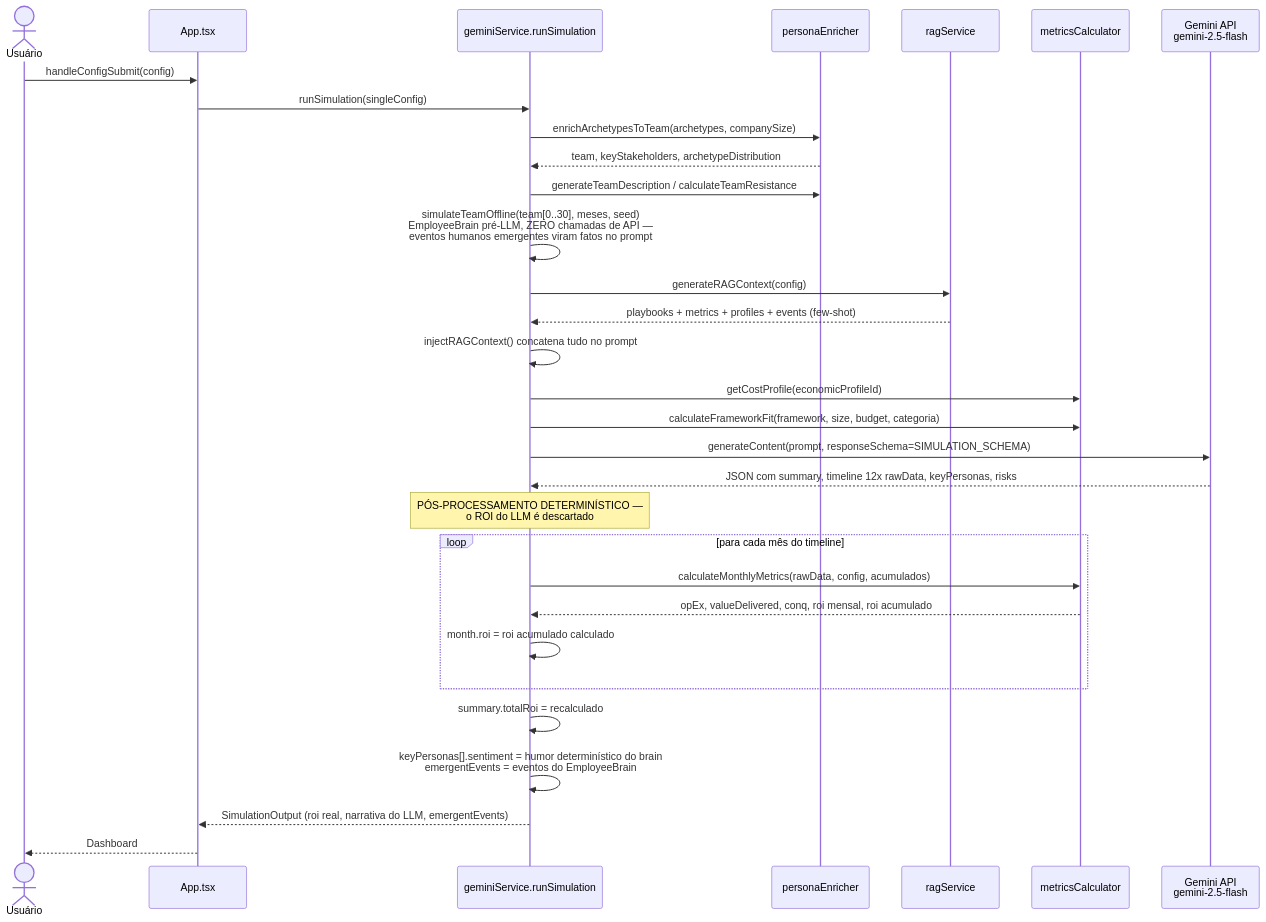
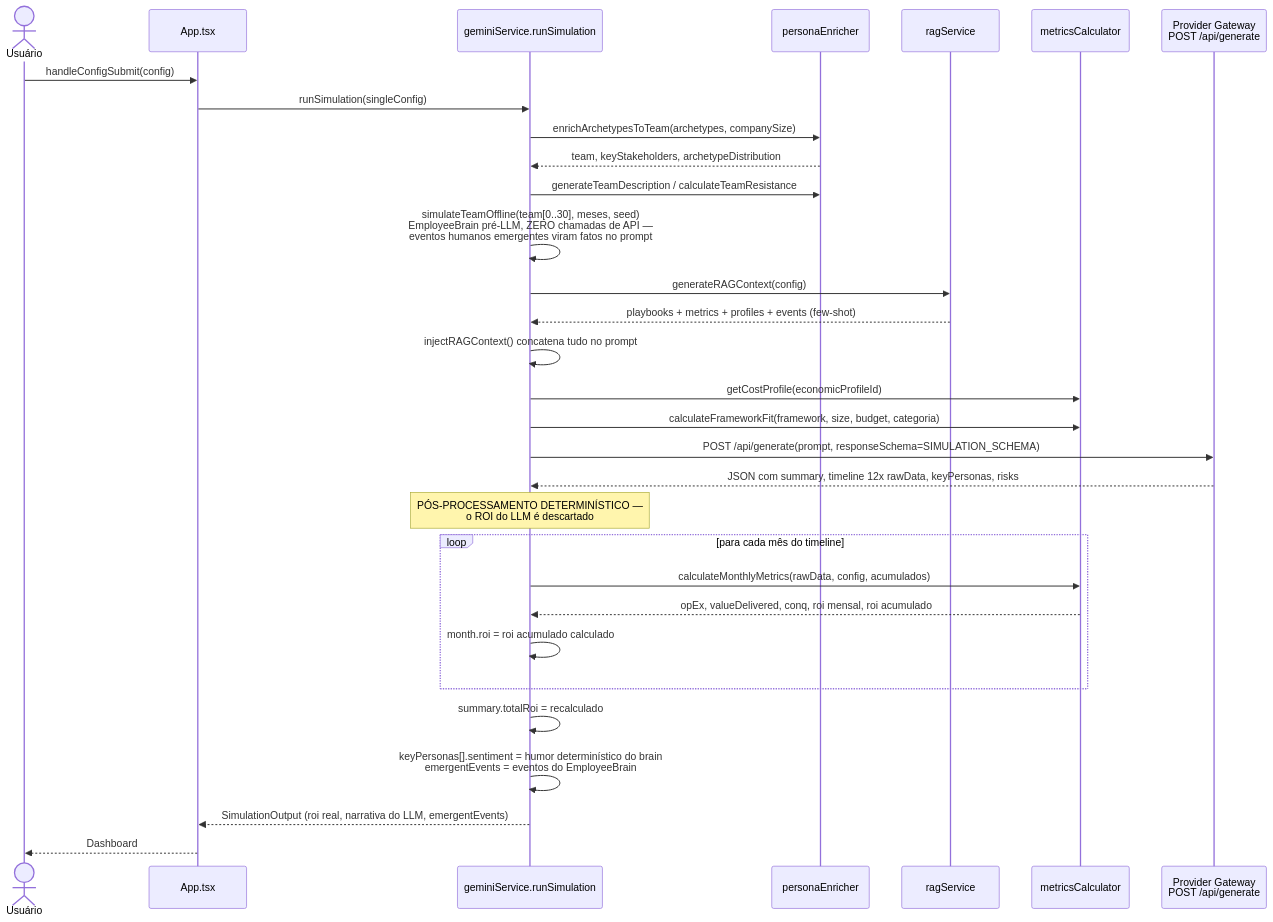
One commit to andrecodexvictor/Frame-sim changed the third of 10 diagrams in DIAGRAMAS.md. Above: the diagram before and after it, drawn with Mermaid. The commit also changed other lines of this file and 71 other files, not shown here.

````diff
--- a/DIAGRAMAS.md
+++ b/DIAGRAMAS.md
@@ -164,42 +165,42 @@
 ```mermaid
 sequenceDiagram
     actor Usuário
     participant App as App.tsx
     participant Gemini as geminiService.runSimulation
     participant Enricher as personaEnricher
     participant RAG as ragService
     participant Metrics as metricsCalculator
-    participant API as Gemini API<br/>gemini-2.5-flash
+    participant API as Provider Gateway<br/>POST /api/generate
 
     Usuário->>App: handleConfigSubmit(config)
     App->>Gemini: runSimulation(singleConfig)
 
     Gemini->>Enricher: enrichArchetypesToTeam(archetypes, companySize)
     Enricher-->>Gemini: team, keyStakeholders, archetypeDistribution
     Gemini->>Enricher: generateTeamDescription / calculateTeamResistance
 
     Gemini->>Gemini: simulateTeamOffline(team[0..30], meses, seed)<br/>EmployeeBrain pré-LLM, ZERO chamadas de API —<br/>eventos humanos emergentes viram fatos no prompt
 
     Gemini->>RAG: generateRAGContext(config)
     RAG-->>Gemini: playbooks + metrics + profiles + events (few-shot)
     Gemini->>Gemini: injectRAGContext() concatena tudo no prompt
 
     Gemini->>Metrics: getCostProfile(economicProfileId)
     Gemini->>Metrics: calculateFrameworkFit(framework, size, budget, categoria)
 
-    Gemini->>API: generateContent(prompt, responseSchema=SIMULATION_SCHEMA)
+    Gemini->>API: POST /api/generate(prompt, responseSchema=SIMULATION_SCHEMA)
     API-->>Gemini: JSON com summary, timeline 12x rawData, keyPersonas, risks
 
     Note over Gemini: PÓS-PROCESSAMENTO DETERMINÍSTICO —<br/>o ROI do LLM é descartado
 
     loop para cada mês do timeline
         Gemini->>Metrics: calculateMonthlyMetrics(rawData, config, acumulados)
         Metrics-->>Gemini: opEx, valueDelivered, conq, roi mensal, roi acumulado
         Gemini->>Gemini: month.roi = roi acumulado calculado
     end
 
     Gemini->>Gemini: summary.totalRoi = recalculado
     Gemini->>Gemini: keyPersonas[].sentiment = humor determinístico do brain<br/>emergentEvents = eventos do EmployeeBrain
     Gemini-->>App: SimulationOutput (roi real, narrativa do LLM, emergentEvents)
     App-->>Usuário: Dashboard
 ```
````
